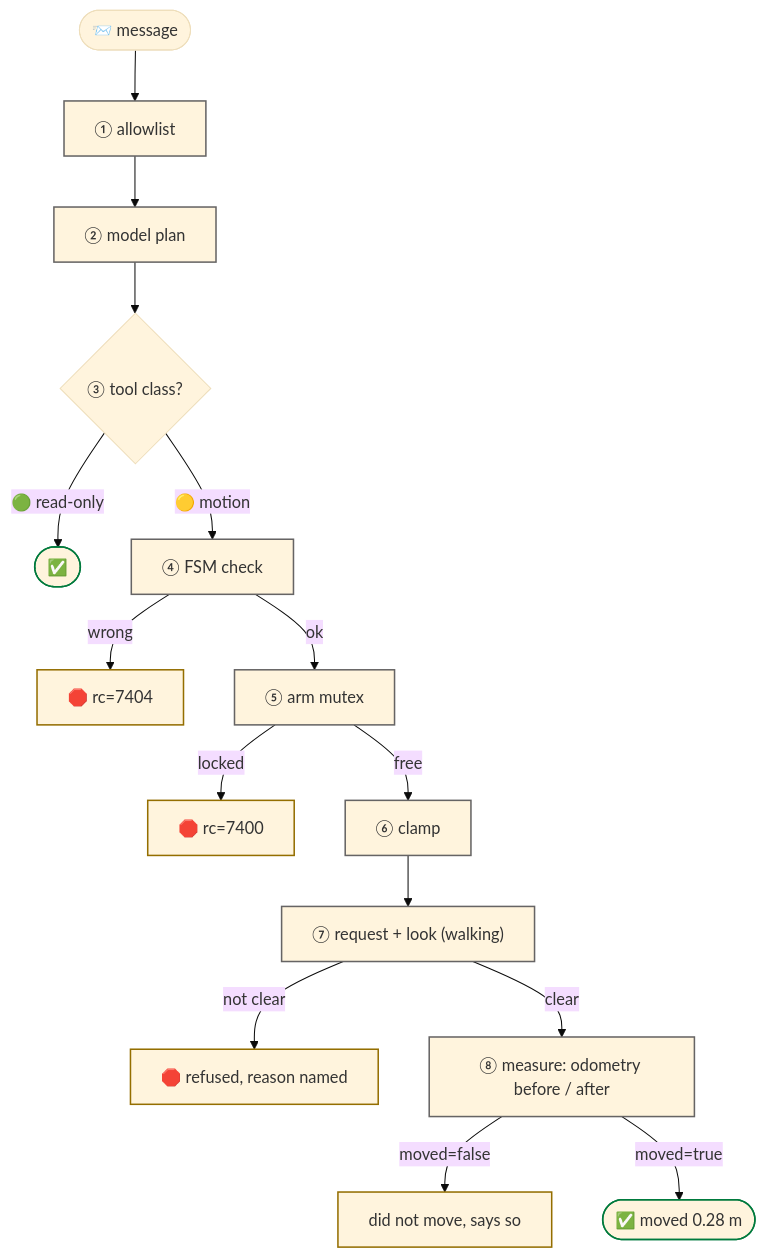
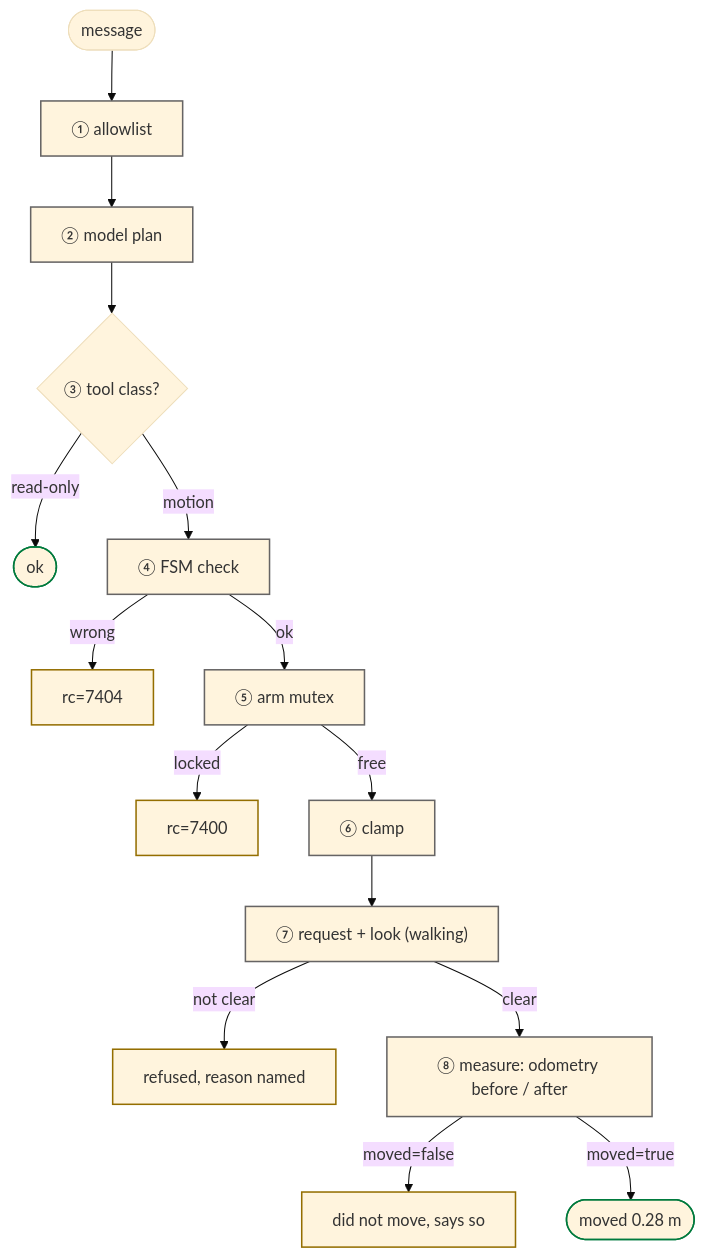
The diagram in docs/guide/safety.md (cagataycali/neon-the-g1), drawn with Mermaid (base theme) before and after one commit. The commit also changed other lines of this file and 22 other files, not shown here.

````diff
--- a/docs/guide/safety.md
+++ b/docs/guide/safety.md
@@ -8,23 +8,23 @@
 ```mermaid
 flowchart TD
-  U(["📨 message"]) --> L1["① allowlist"]
+  U(["message"]) --> L1["① allowlist"]
   L1 --> L2["② model plan"]
   L2 --> L3{"③ tool class?"}
-  L3 -->|"🟢 read-only"| OK1(["✅"])
-  L3 -->|"🟡 motion"| L4["④ FSM check"]
-  L4 -->|"wrong"| R1["🛑 rc=7404"]
+  L3 -->|"read-only"| OK1(["ok"])
+  L3 -->|"motion"| L4["④ FSM check"]
+  L4 -->|"wrong"| R1["rc=7404"]
   L4 -->|"ok"| L5["⑤ arm mutex"]
-  L5 -->|"locked"| R2["🛑 rc=7400"]
+  L5 -->|"locked"| R2["rc=7400"]
   L5 -->|"free"| L6["⑥ clamp"]
   L6 --> L7["⑦ request + look (walking)"]
-  L7 -->|"not clear"| R4["🛑 refused, reason named"]
+  L7 -->|"not clear"| R4["refused, reason named"]
   L7 -->|"clear"| L8["⑧ measure: odometry before / after"]
   L8 -->|"moved=false"| R5["did not move, says so"]
-  L8 -->|"moved=true"| OK2(["✅ moved 0.28 m"])
+  L8 -->|"moved=true"| OK2(["moved 0.28 m"])
   classDef gate stroke:#666464,stroke-width:1.5px
   classDef refuse stroke:#946e00,stroke-width:1.5px
   classDef ok stroke:#007a3d,stroke-width:1.5px
   class L1,L2,L4,L5,L6,L7,L8 gate
   class R1,R2,R4,R5 refuse
   class OK1,OK2 ok
 ```
````
